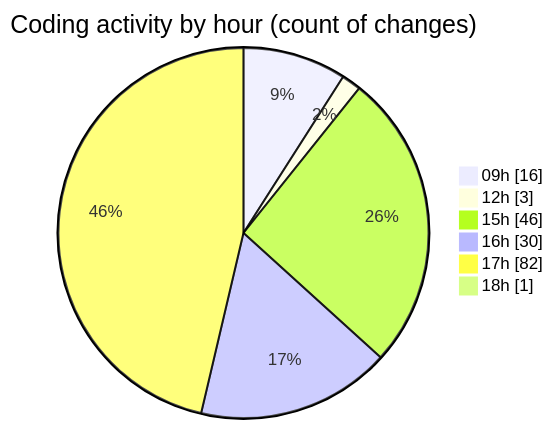
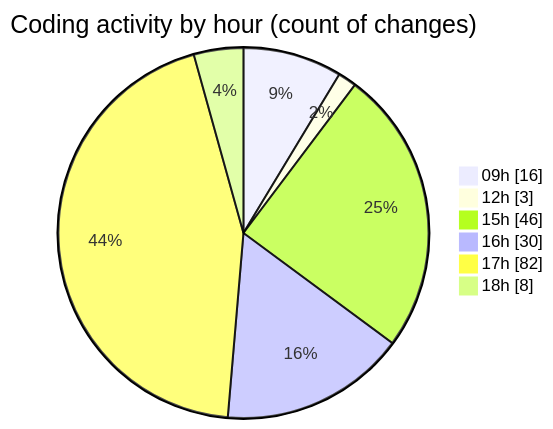
One commit to momahboobian/code-tracking changed the second of 2 diagrams in 2025-07-08/cda/README.md. Above: the diagram before and after it, drawn with Mermaid. The commit also changed other lines of this file and 1 other file, not shown here.

````diff
--- a/2025-07-08/cda/README.md
+++ b/2025-07-08/cda/README.md
@@ -58,10 +58,10 @@
 ```mermaid
 pie showData
 title Coding activity by hour (count of changes)
 "09h" : 16
 "12h" : 3
 "15h" : 46
 "16h" : 30
 "17h" : 82
-"18h" : 1
+"18h" : 8
 ```
````
